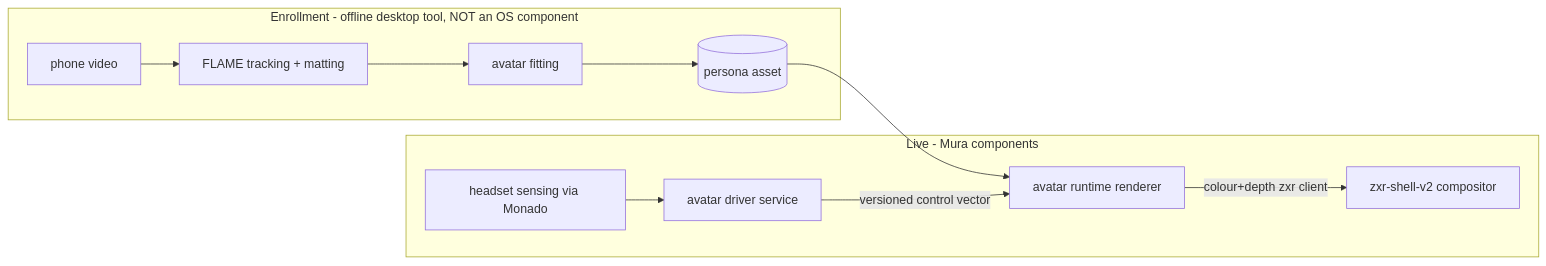
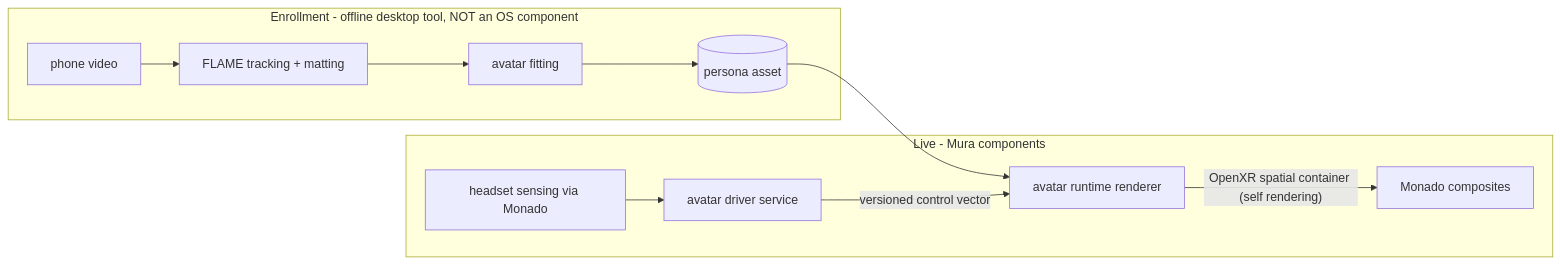
Before and after one commit to mura-os/mura: the diagram in docs/architecture/avatar-persona.md, drawn with Mermaid. The commit also changed other lines of this file and 45 other files, not shown here.

````diff
--- a/docs/architecture/avatar-persona.md
+++ b/docs/architecture/avatar-persona.md
@@ -17,12 +17,12 @@
 ```mermaid
 flowchart LR
     subgraph offline [Enrollment - offline desktop tool, NOT an OS component]
         cap[phone video] --> track[FLAME tracking + matting] --> fit[avatar fitting] --> asset[(persona asset)]
     end
     subgraph live [Live - Mura components]
         sensing[headset sensing via Monado] --> driver[avatar driver service]
         asset --> runtime[avatar runtime renderer]
         driver -->|"versioned control vector"| runtime
-        runtime -->|"colour+depth zxr client"| zxr[zxr-shell-v2 compositor]
+        runtime -->|"OpenXR spatial container (self rendering)"| monado[Monado composites]
     end
 ```
````
